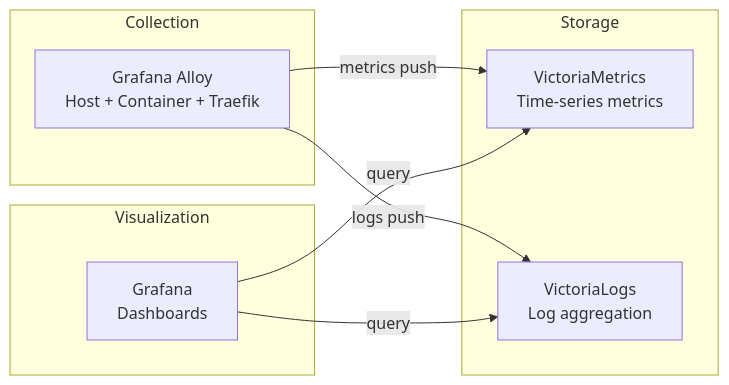
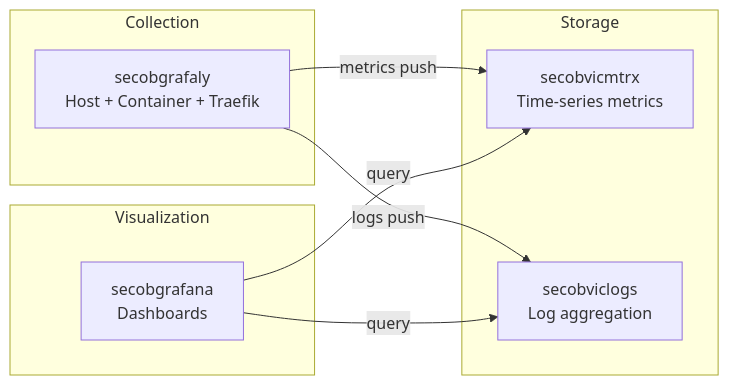
The second of 2 diagrams in README.md (yongxinL/servicehub), drawn with Mermaid before and after one commit. The commit also changed other lines of this file, not shown here.

````diff
--- a/README.md
+++ b/README.md
@@ -360,17 +349,17 @@
 ```mermaid
 graph LR
     subgraph Collectors[Collection]
-        Alloy[Grafana Alloy\nHost + Container + Traefik]
+        Alloy[secobgrafaly\nHost + Container + Traefik]
     end
     subgraph Storage[Storage]
-        VM[VictoriaMetrics\nTime-series metrics]
-        VL[VictoriaLogs\nLog aggregation]
+        VM[secobvicmtrx\nTime-series metrics]
+        VL[secobviclogs\nLog aggregation]
     end
     subgraph Visualization[Visualization]
-        Grafana[Grafana\nDashboards]
+        Grafana[secobgrafana\nDashboards]
     end
     Alloy -->|metrics push| VM
     Alloy -->|logs push| VL
     Grafana -->|query| VM
     Grafana -->|query| VL
 ```
````
